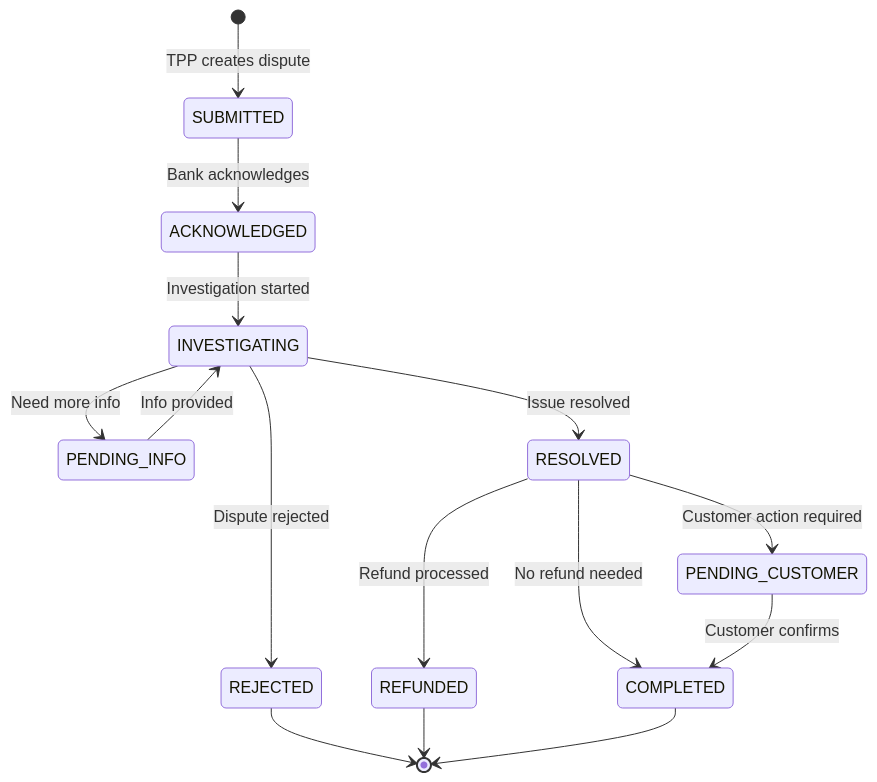
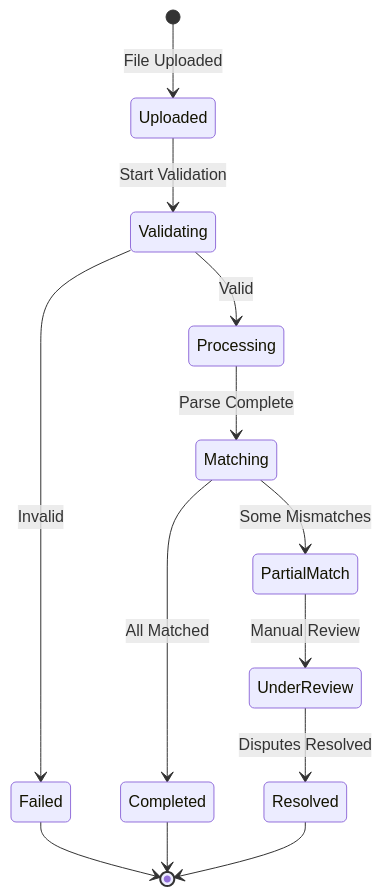
Before and after one commit to huuhoait/openbanking-vn-specs: the third of 10 diagrams in 08-Doi-soat-va-Tra-soat.md, drawn with Mermaid. The commit also changed other lines of this file and 14 other files, not shown here.

````diff
--- a/08-Doi-soat-va-Tra-soat.md
+++ b/08-Doi-soat-va-Tra-soat.md
@@ -408,21 +150,18 @@
 ```mermaid
 stateDiagram-v2
-    [*] --> SUBMITTED: TPP creates dispute
-    SUBMITTED --> ACKNOWLEDGED: Bank acknowledges
-    ACKNOWLEDGED --> INVESTIGATING: Investigation started
+    [*] --> Uploaded: File Uploaded
+    Uploaded --> Validating: Start Validation
+    Validating --> Processing: Valid
+    Validating --> Failed: Invalid
     
-    INVESTIGATING --> PENDING_INFO: Need more info
-    PENDING_INFO --> INVESTIGATING: Info provided
+    Processing --> Matching: Parse Complete
+    Matching --> Completed: All Matched
+    Matching --> PartialMatch: Some Mismatches
     
-    INVESTIGATING --> RESOLVED: Issue resolved
-    INVESTIGATING --> REJECTED: Dispute rejected
+    PartialMatch --> UnderReview: Manual Review
+    UnderReview --> Resolved: Disputes Resolved
     
-    RESOLVED --> REFUNDED: Refund processed
-    RESOLVED --> COMPLETED: No refund needed
-    RESOLVED --> PENDING_CUSTOMER: Customer action required
-    
-    REJECTED --> [*]
-    REFUNDED --> [*]
-    COMPLETED --> [*]
-    PENDING_CUSTOMER --> COMPLETED: Customer confirms
+    Failed --> [*]
+    Completed --> [*]
+    Resolved --> [*]
 ```
````
